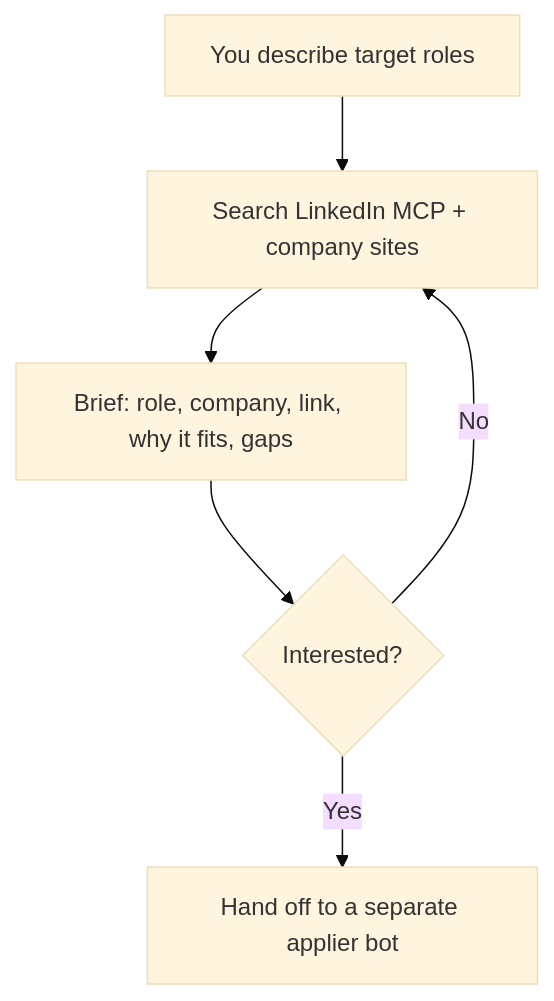
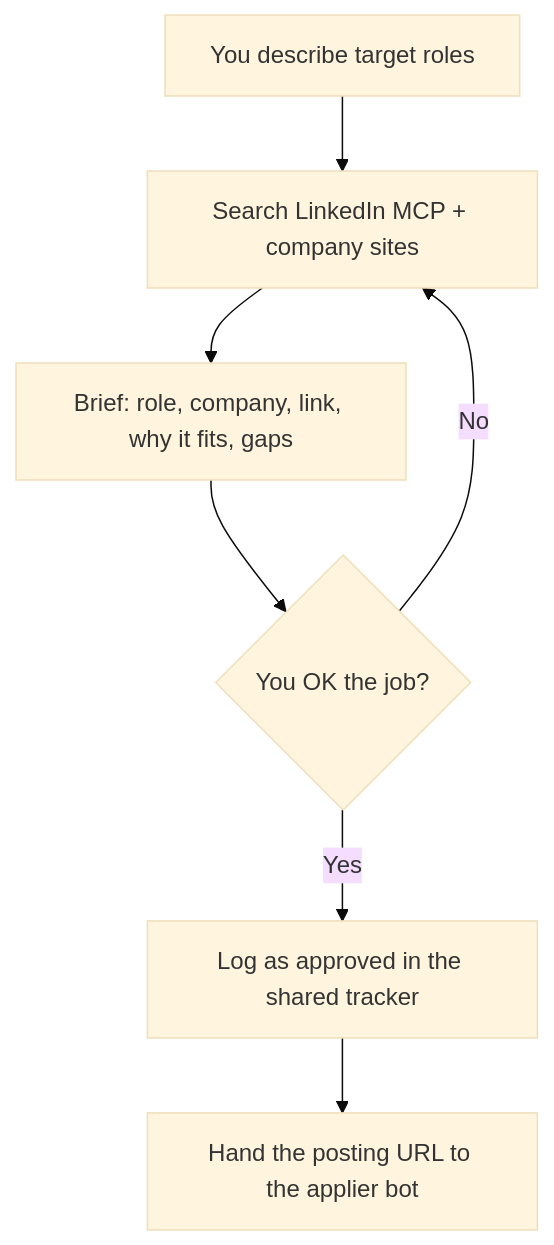
Before and after one commit to simo255/jobfather: the diagram in README.md, drawn with Mermaid (base theme). The commit also changed other lines of this file and 8 other files, not shown here.

````diff
--- a/README.md
+++ b/README.md
@@ -13,8 +13,9 @@
 ```mermaid
 flowchart TD
   A[You describe target roles] --> B[Search LinkedIn MCP + company sites]
   B --> C[Brief: role, company, link, why it fits, gaps]
-  C --> D{Interested?}
+  C --> D{You OK the job?}
   D -->|No| B
-  D -->|Yes| E[Hand off to a separate applier bot]
+  D -->|Yes| E[Log as approved in the shared tracker]
+  E --> F[Hand the posting URL to the applier bot]
 ```
````
